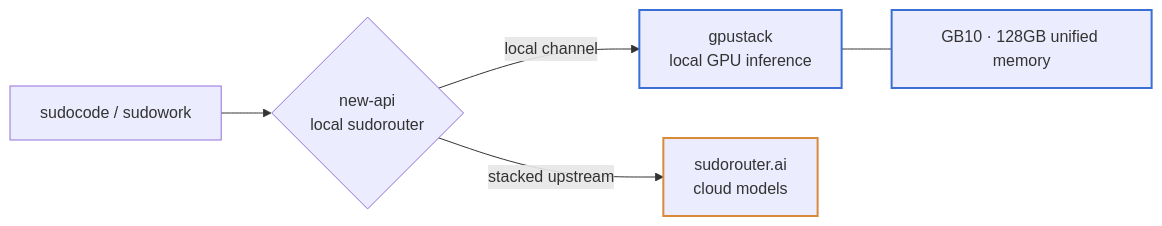
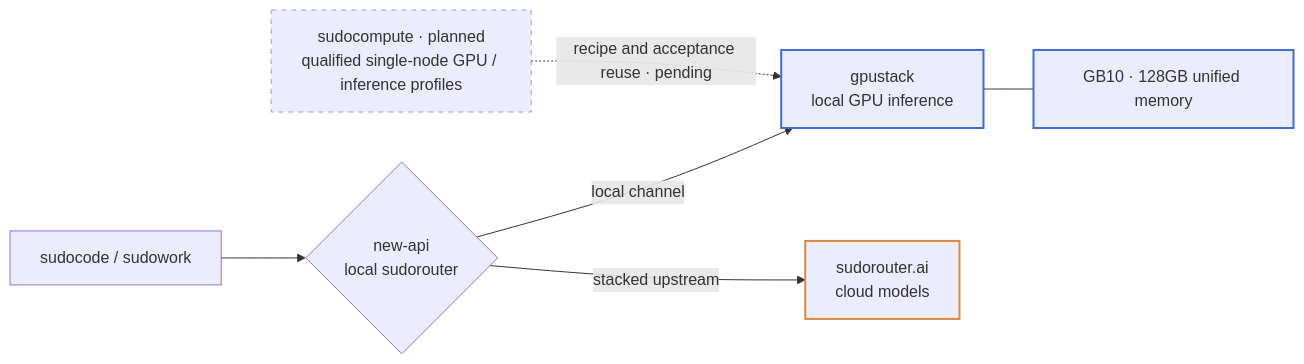
One commit to sudoprivacy/sudoedge changed the second of 2 diagrams in README.md. Above: the diagram before and after it, drawn with Mermaid. The commit also changed other lines of this file, not shown here.

Commit message:
docs: connect optional SudoCompute GPU and inference integration

````diff
--- a/README.md
+++ b/README.md
@@ -54,11 +54,15 @@
 ```mermaid
 flowchart LR
     C["sudocode / sudowork"] --> R{"new-api<br/>local sudorouter"}
     R -->|local channel| G["gpustack<br/>local GPU inference"]
     R -->|stacked upstream| X["sudorouter.ai<br/>cloud models"]
     G --- H["GB10 · 128GB unified memory"]
+    SC["sudocompute · planned<br/>qualified single-node GPU / inference profiles"]
+    SC -.->|recipe and acceptance reuse · pending| G
     classDef local stroke:#3b6fd4,stroke-width:2px;
     classDef cloud stroke:#d98a3b,stroke-width:2px;
+    classDef planned stroke:#9ca3af,stroke-dasharray:5 5;
     class G,H local;
     class X cloud;
+    class SC planned;
 ```
````
